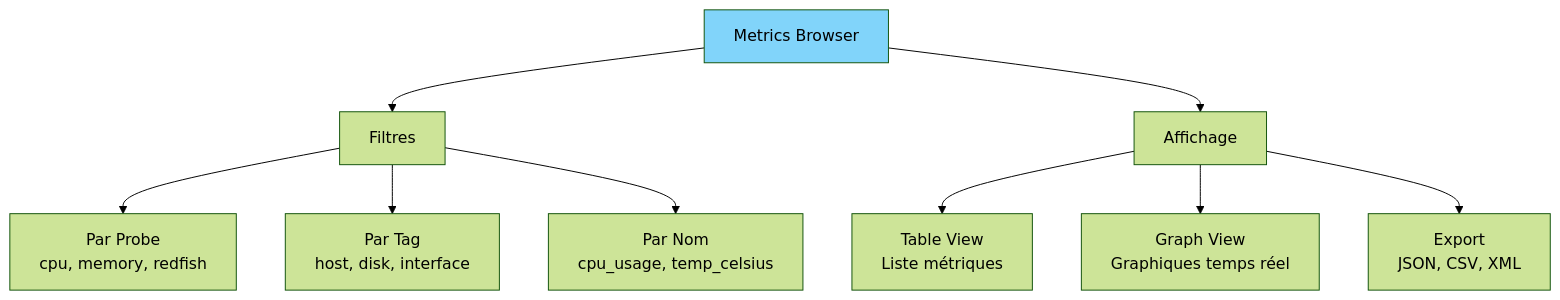
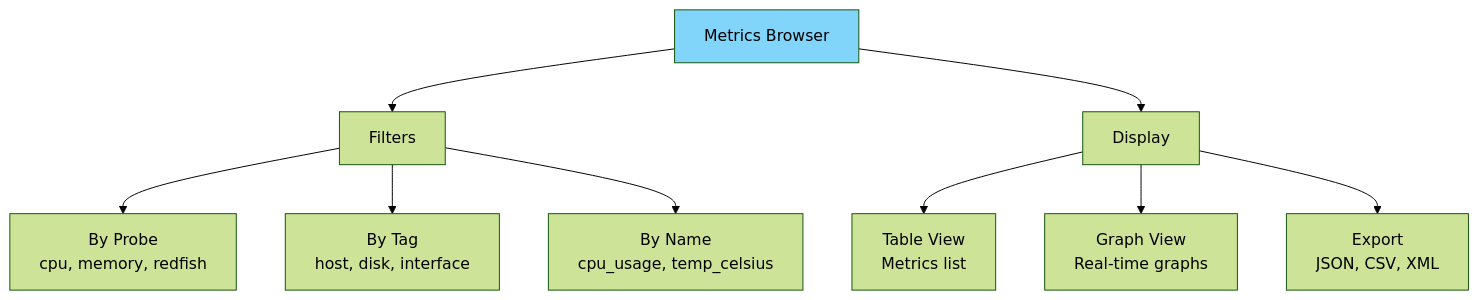
Before and after one commit to senhub-io/senhub-agent: the fifth of 6 diagrams in docs/user-guide/WEB-INTERFACE.md, drawn with Mermaid (forest theme). The commit also changed other lines of this file and 2 other files, not shown here.

````diff
--- a/docs/user-guide/WEB-INTERFACE.md
+++ b/docs/user-guide/WEB-INTERFACE.md
@@ -435,14 +435,14 @@
 ```mermaid
 graph TD
-    BROWSER[Metrics Browser] --> FILTER[Filtres]
-    FILTER --> F1[Par Probe<br/>cpu, memory, redfish]
-    FILTER --> F2[Par Tag<br/>host, disk, interface]
-    FILTER --> F3[Par Nom<br/>cpu_usage, temp_celsius]
+    BROWSER[Metrics Browser] --> FILTER[Filters]
+    FILTER --> F1[By Probe<br/>cpu, memory, redfish]
+    FILTER --> F2[By Tag<br/>host, disk, interface]
+    FILTER --> F3[By Name<br/>cpu_usage, temp_celsius]
 
-    BROWSER --> DISPLAY[Affichage]
-    DISPLAY --> D1[Table View<br/>Liste métriques]
-    DISPLAY --> D2[Graph View<br/>Graphiques temps réel]
+    BROWSER --> DISPLAY[Display]
+    DISPLAY --> D1[Table View<br/>Metrics list]
+    DISPLAY --> D2[Graph View<br/>Real-time graphs]
     DISPLAY --> D3[Export<br/>JSON, CSV, XML]
 
     style BROWSER fill:#81d4fa
 ```
````
